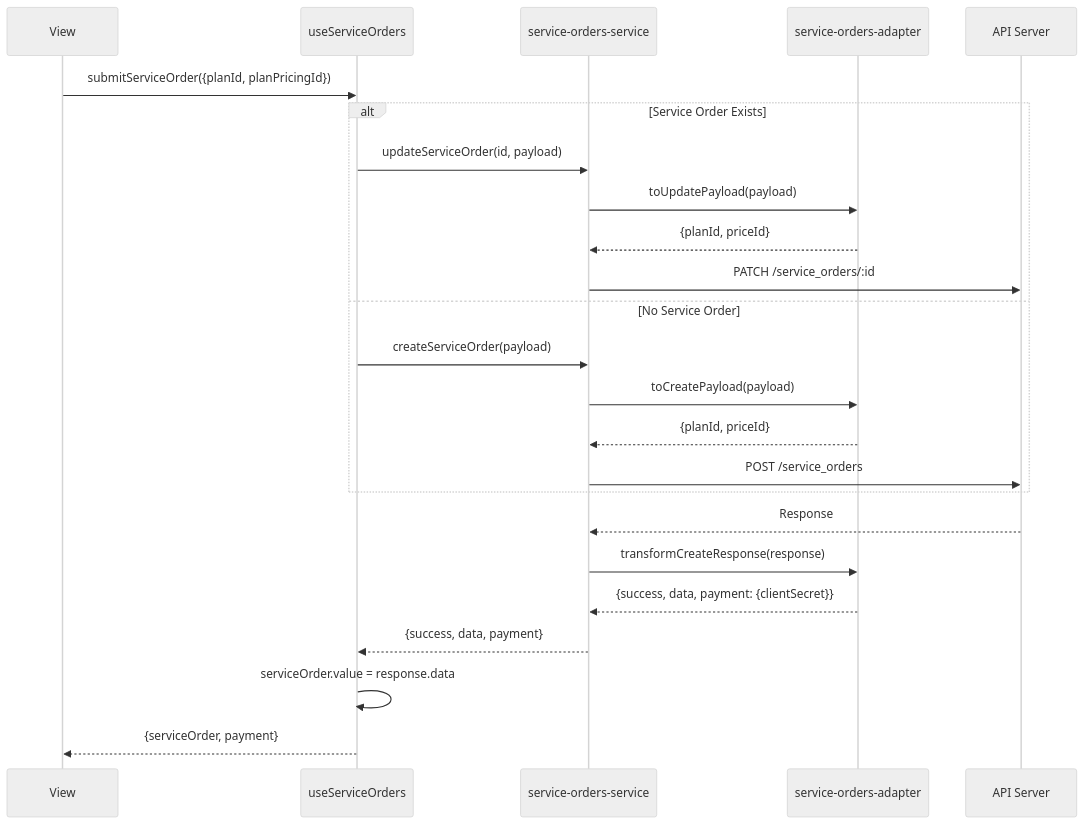
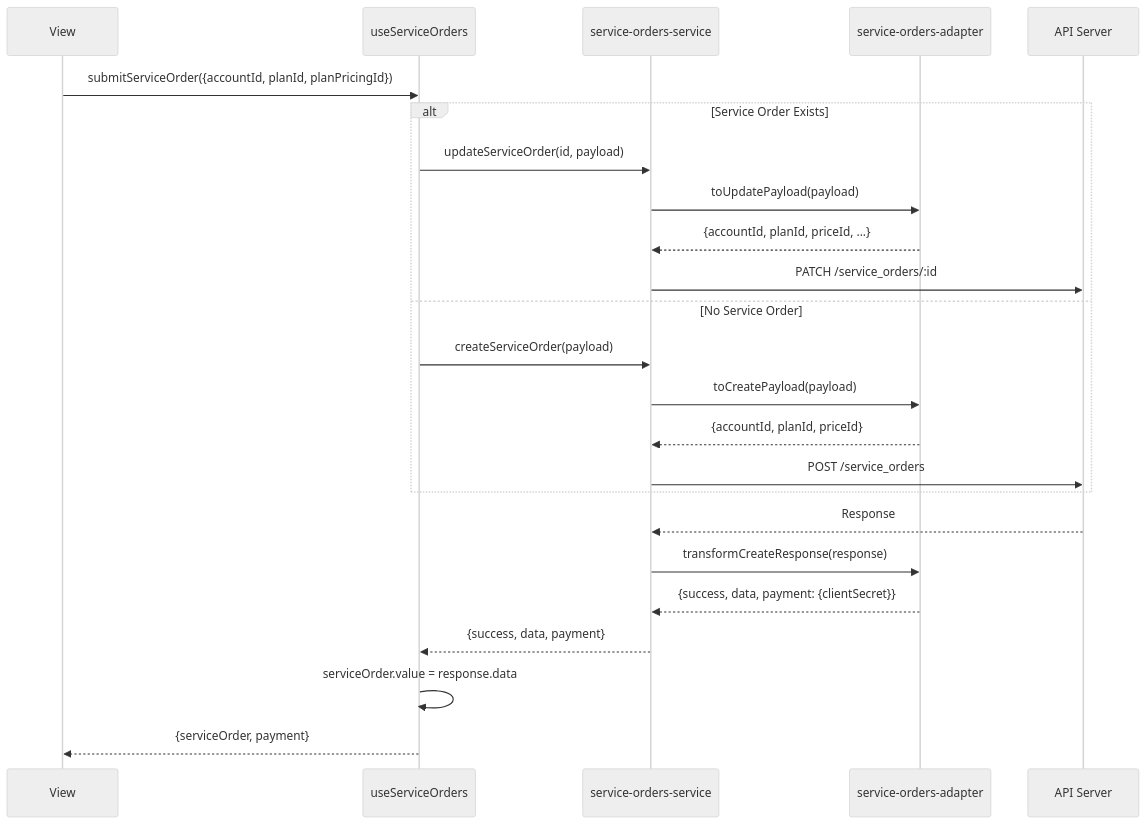
The fourth of 5 diagrams in docs/CONTRACTING_FLOW.md (aziontech/azion-console-kit), drawn with Mermaid (neutral theme) before and after one commit. The commit also changed other lines of this file and 43 other files, not shown here.

````diff
--- a/docs/CONTRACTING_FLOW.md
+++ b/docs/CONTRACTING_FLOW.md
@@ -450,29 +413,29 @@
 ```mermaid
 sequenceDiagram
     participant V as View
     participant C as useServiceOrders
     participant S as service-orders-service
     participant A as service-orders-adapter
     participant API as API Server
 
-    V->>C: submitServiceOrder({planId, planPricingId})
+    V->>C: submitServiceOrder({accountId, planId, planPricingId})
 
     alt Service Order Exists
         C->>S: updateServiceOrder(id, payload)
         S->>A: toUpdatePayload(payload)
-        A-->>S: {planId, priceId}
+        A-->>S: {accountId, planId, priceId, ...}
         S->>API: PATCH /service_orders/:id
     else No Service Order
         C->>S: createServiceOrder(payload)
         S->>A: toCreatePayload(payload)
-        A-->>S: {planId, priceId}
+        A-->>S: {accountId, planId, priceId}
         S->>API: POST /service_orders
     end
 
     API-->>S: Response
     S->>A: transformCreateResponse(response)
     A-->>S: {success, data, payment: {clientSecret}}
     S-->>C: {success, data, payment}
     C->>C: serviceOrder.value = response.data
     C-->>V: {serviceOrder, payment}
 ```
````
